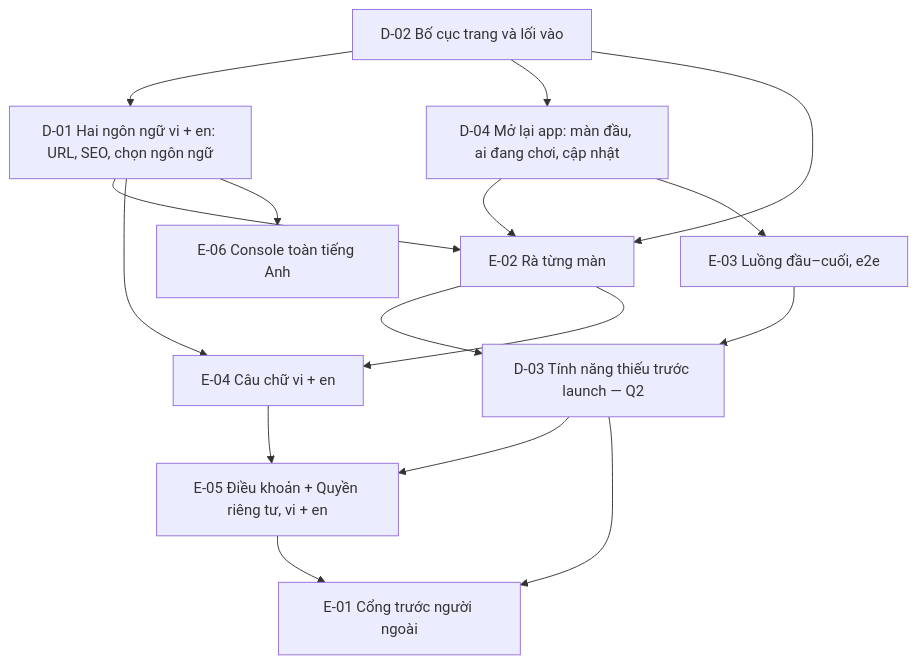
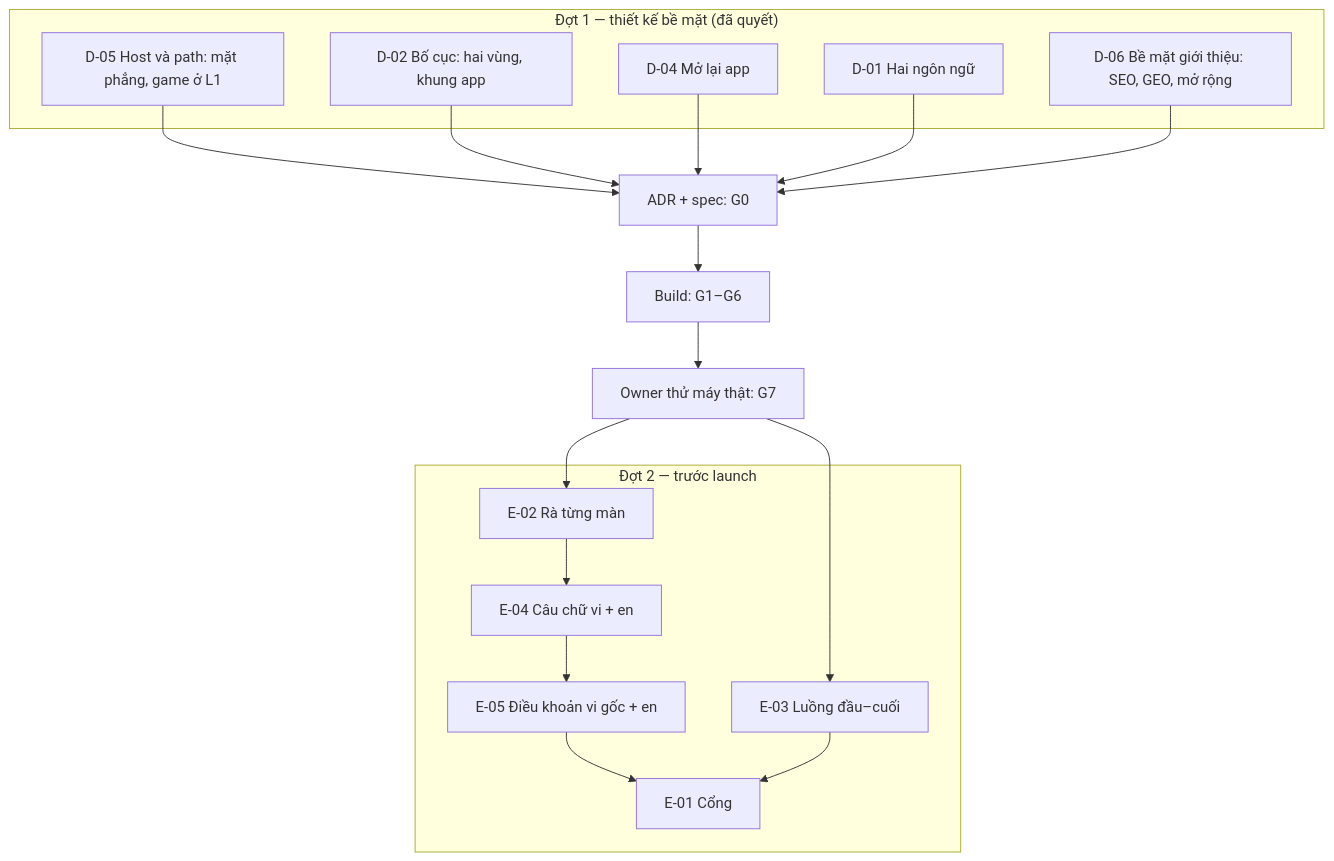
Before and after one commit to vinh466/tohe-play: the diagram in plans/launch-review/map.md, drawn with Mermaid. The commit also changed other lines of this file and 11 other files, not shown here.

````diff
--- a/plans/launch-review/map.md
+++ b/plans/launch-review/map.md
@@ -12,18 +6,27 @@
 ```mermaid
 flowchart TD
-  D02[D-02 Bố cục trang và lối vào] --> D01[D-01 Hai ngôn ngữ vi + en: URL, SEO, chọn ngôn ngữ]
-  D01 --> E02[E-02 Rà từng màn]
-  D02 --> D04[D-04 Mở lại app: màn đầu, ai đang chơi, cập nhật]
-  D04 --> E02
-  D04 --> E03
-  D02 --> E02
-  E02 --> D03[D-03 Tính năng thiếu trước launch — Q2]
-  E03[E-03 Luồng đầu–cuối, e2e] --> D03
-  D01 --> E04[E-04 Câu chữ vi + en]
+  subgraph W1["Đợt 1 — thiết kế bề mặt (đã quyết)"]
+    D05[D-05 Host và path: mặt phẳng, game ở L1]
+    D02[D-02 Bố cục: hai vùng, khung app]
+    D04[D-04 Mở lại app]
+    D01[D-01 Hai ngôn ngữ]
+    D06[D-06 Bề mặt giới thiệu: SEO, GEO, mở rộng]
+  end
+  D05 --> ADR
+  D02 --> ADR
+  D04 --> ADR
+  D01 --> ADR
+  D06 --> ADR
+  ADR[ADR + spec: G0] --> BUILD[Build: G1–G6] --> DEV[Owner thử máy thật: G7]
+  subgraph W2["Đợt 2 — trước launch"]
+    E02[E-02 Rà từng màn]
+    E03[E-03 Luồng đầu–cuối]
+    E04[E-04 Câu chữ vi + en]
+    E05[E-05 Điều khoản vi gốc + en]
+    E01[E-01 Cổng]
+  end
+  DEV --> E02 & E03
   E02 --> E04
-  D01 --> E06[E-06 Console toàn tiếng Anh]
-  D03 --> E05[E-05 Điều khoản + Quyền riêng tư, vi + en]
-  E04 --> E05
-  E05 --> E01[E-01 Cổng trước người ngoài]
-  D03 --> E01
+  E04 --> E05 --> E01
+  E03 --> E01
 ```
````
